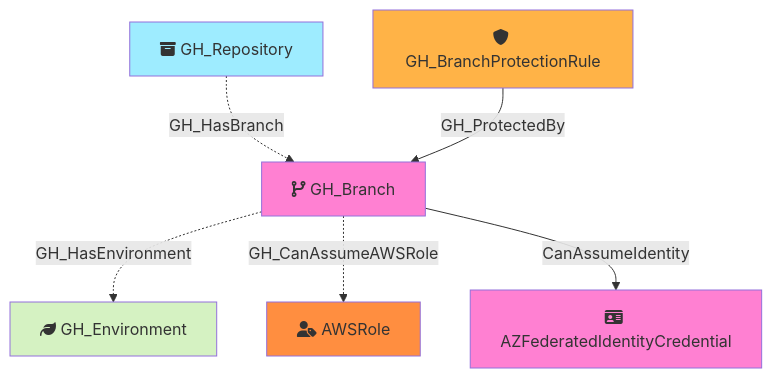
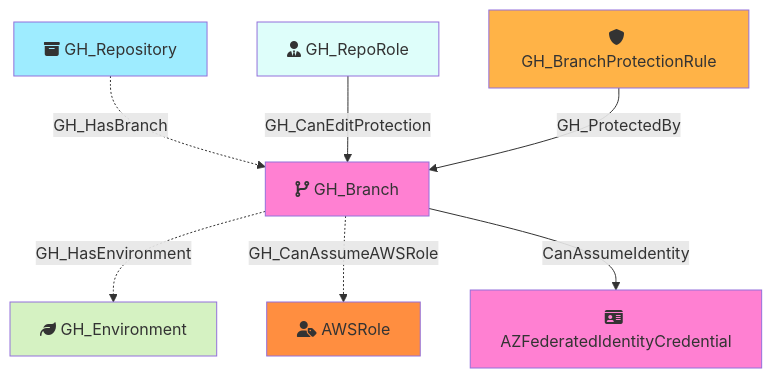
One commit to SpecterOps/GitHound changed the diagram in Documentation/Nodes/GH_Branch.md. Above: the diagram before and after it, drawn with Mermaid. The commit also changed other lines of this file and 5 other files, not shown here.

Commit message:
Fixed some issues with the GH_CanEditProtection edge.

````diff
--- a/Documentation/Nodes/GH_Branch.md
+++ b/Documentation/Nodes/GH_Branch.md
@@ -37,22 +38,25 @@
 ```mermaid
 flowchart TD
     GH_Branch[fa:fa-code-branch GH_Branch]
     GH_Repository[fa:fa-box-archive GH_Repository]
+    GH_RepoRole[fa:fa-user-tie GH_RepoRole]
     GH_BranchProtectionRule[fa:fa-shield GH_BranchProtectionRule]
     GH_Environment[fa:fa-leaf GH_Environment]
     AWSRole[fa:fa-user-tag AWSRole]
     AZFederatedIdentityCredential[fa:fa-id-card AZFederatedIdentityCredential]
 
     style GH_Branch fill:#FF80D2
     style GH_Repository fill:#9EECFF
+    style GH_RepoRole fill:#DEFEFA
     style GH_BranchProtectionRule fill:#FFB347
     style GH_Environment fill:#D5F2C2
     style AWSRole fill:#FF8E40
     style AZFederatedIdentityCredential fill:#FF80D2
 
     GH_Repository -.->|GH_HasBranch| GH_Branch
+    GH_RepoRole -->|GH_CanEditProtection| GH_Branch
     GH_BranchProtectionRule -->|GH_ProtectedBy| GH_Branch
     GH_Branch -.->|GH_HasEnvironment| GH_Environment
     GH_Branch -.->|GH_CanAssumeAWSRole| AWSRole
     GH_Branch -->|CanAssumeIdentity| AZFederatedIdentityCredential
 ```
````
